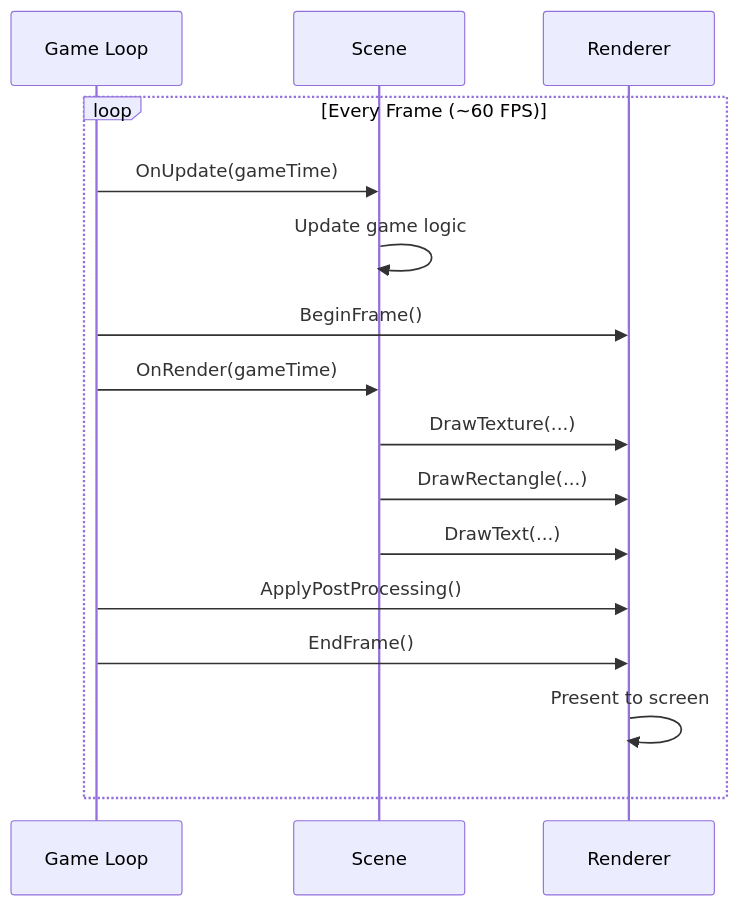
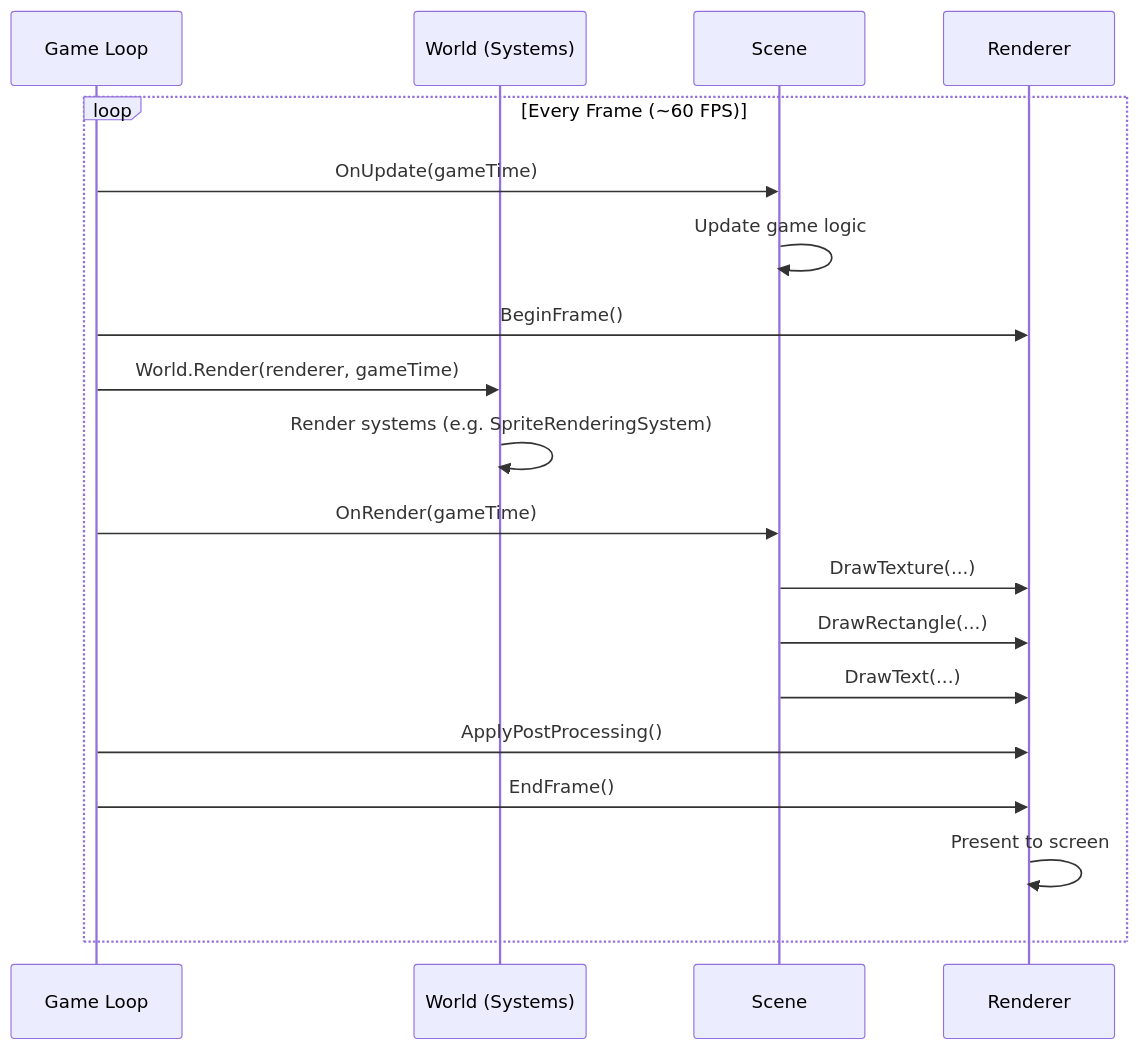
Before and after one commit to CrazyPickleStudios/Brine2D.com: the second of 2 diagrams in docs/rendering/index.md, drawn with Mermaid. The commit also changed other lines of this file and 19 other files, not shown here.

````diff
--- a/docs/rendering/index.md
+++ b/docs/rendering/index.md
@@ -111,20 +111,23 @@
 ```mermaid
 sequenceDiagram
     participant GL as Game Loop
+    participant W as World (Systems)
     participant S as Scene
     participant R as Renderer
 
     loop Every Frame (~60 FPS)
         GL->>S: OnUpdate(gameTime)
         S->>S: Update game logic
 
         GL->>R: BeginFrame()
+        GL->>W: World.Render(renderer, gameTime)
+        W->>W: Render systems (e.g. SpriteRenderingSystem)
         GL->>S: OnRender(gameTime)
         S->>R: DrawTexture(...)
         S->>R: DrawRectangle(...)
         S->>R: DrawText(...)
         GL->>R: ApplyPostProcessing()
         GL->>R: EndFrame()
         R->>R: Present to screen
     end
 ```
````
